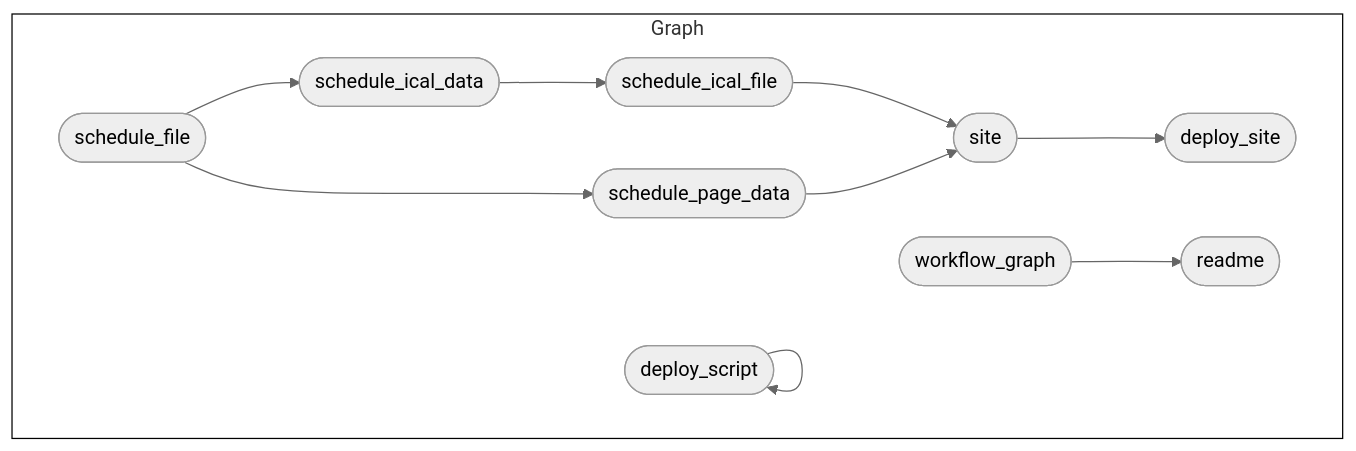
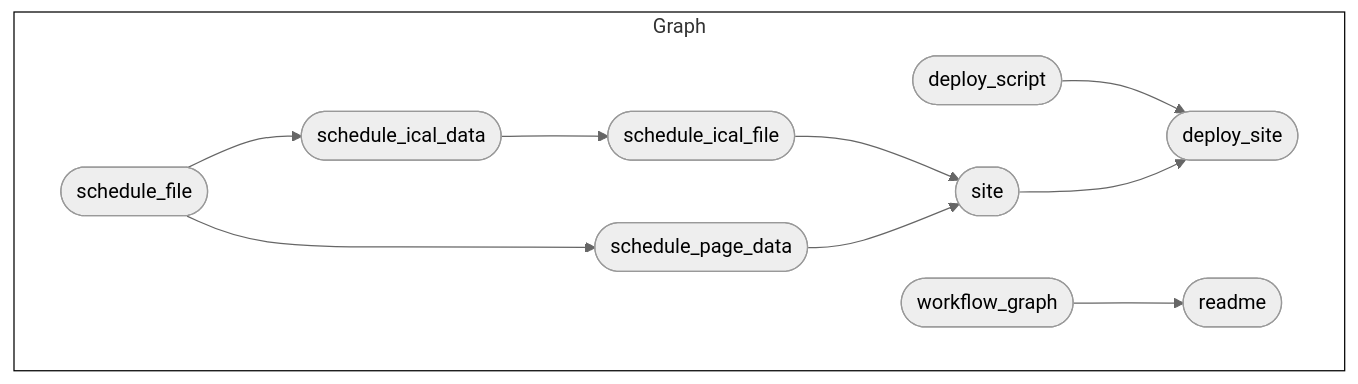
The diagram in README.md (andrewheiss/governancef25.classes.andrewheiss.com), drawn with Mermaid (neutral theme) before and after one commit. The commit also changed other lines of this file and 115 other files, not shown here.

````diff
--- a/README.md
+++ b/README.md
@@ -73,15 +43,16 @@
 ``` mermaid
 graph LR
   style Graph fill:#FFFFFF00,stroke:#000000;
   subgraph Graph
     direction LR
+    x830adcacfab4076a(["deploy_script"]):::completed --> xd6774b1369562ec8(["deploy_site"]):::queued
     x5fee94802c729361(["site"]):::queued --> xd6774b1369562ec8(["deploy_site"]):::queued
+    x660da1d01e230321(["workflow_graph"]):::dispatched --> xc11069275cfeb620(["readme"]):::queued
+    x83c90c487d16eadc(["schedule_file"]):::queued --> xd1e486155305a9d8(["schedule_ical_data"]):::queued
+    xd1e486155305a9d8(["schedule_ical_data"]):::queued --> xe96618267648362b(["schedule_ical_file"]):::queued
+    x83c90c487d16eadc(["schedule_file"]):::queued --> x7f26ad8951796691(["schedule_page_data"]):::queued
     xe96618267648362b(["schedule_ical_file"]):::queued --> x5fee94802c729361(["site"]):::queued
     x7f26ad8951796691(["schedule_page_data"]):::queued --> x5fee94802c729361(["site"]):::queued
-    x660da1d01e230321(["workflow_graph"]):::dispatched --> xc11069275cfeb620(["readme"]):::queued
-    x83c90c487d16eadc(["schedule_file"]):::queued --> x7f26ad8951796691(["schedule_page_data"]):::queued
-    x83c90c487d16eadc(["schedule_file"]):::queued --> xd1e486155305a9d8(["schedule_ical_data"]):::queued
-    xd1e486155305a9d8(["schedule_ical_data"]):::queued --> xe96618267648362b(["schedule_ical_file"]):::queued
-    x830adcacfab4076a(["deploy_script"]):::skipped --> x830adcacfab4076a(["deploy_script"]):::skipped
+    
   end
 ```
````
